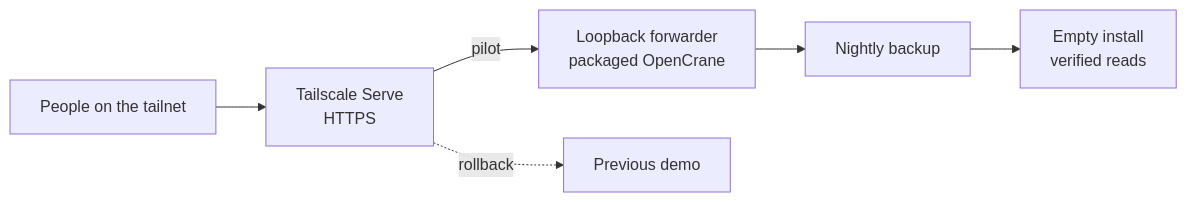
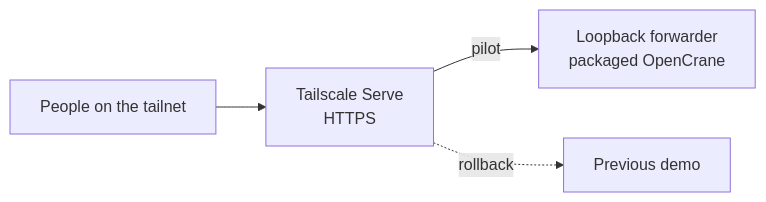
One commit to elewa-git/opencrane-new changed the diagram in infra/package/PILOT.md. Above: the diagram before and after it, drawn with Mermaid. The commit also changed other lines of this file and 31 other files, not shown here.

````diff
--- a/infra/package/PILOT.md
+++ b/infra/package/PILOT.md
@@ -8,8 +12,6 @@
 ```mermaid
 flowchart LR
   people["People on the tailnet"] --> serve["Tailscale Serve<br/>HTTPS"]
   serve -->|pilot| package["Loopback forwarder<br/>packaged OpenCrane"]
   serve -.->|rollback| demo["Previous demo"]
-  package --> backup["Nightly backup"]
-  backup --> restore["Empty install<br/>verified reads"]
 ```
````
